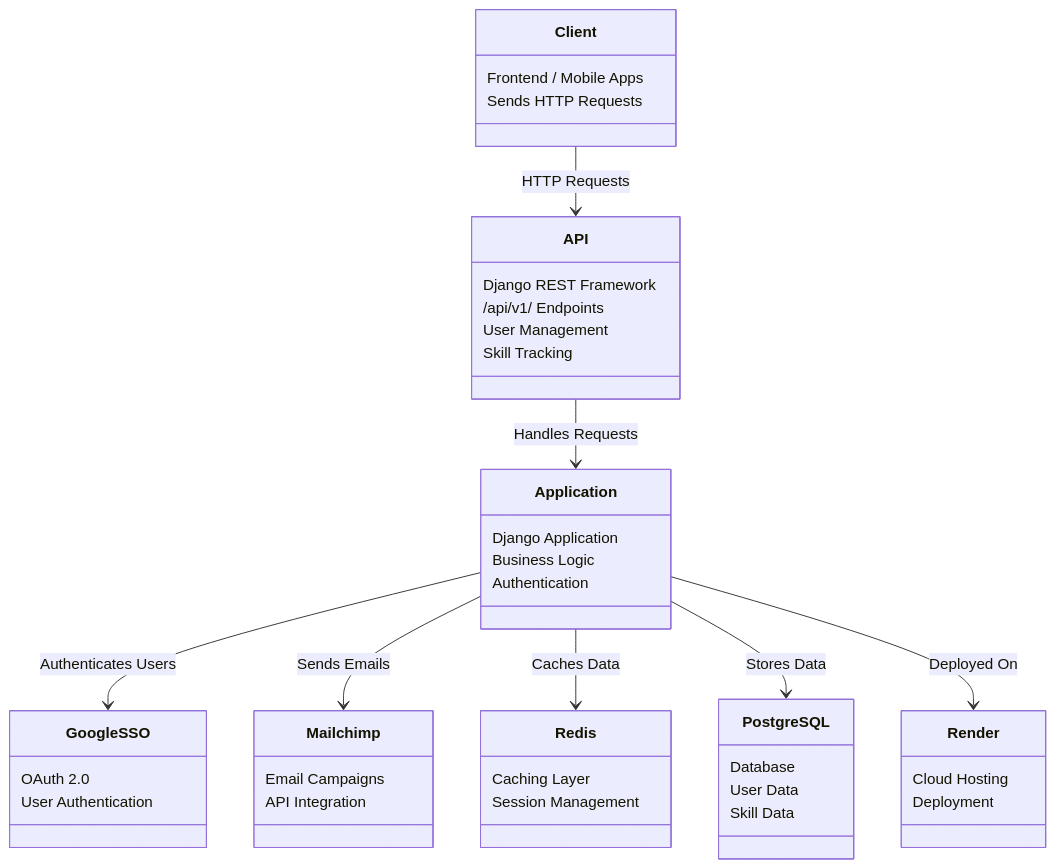
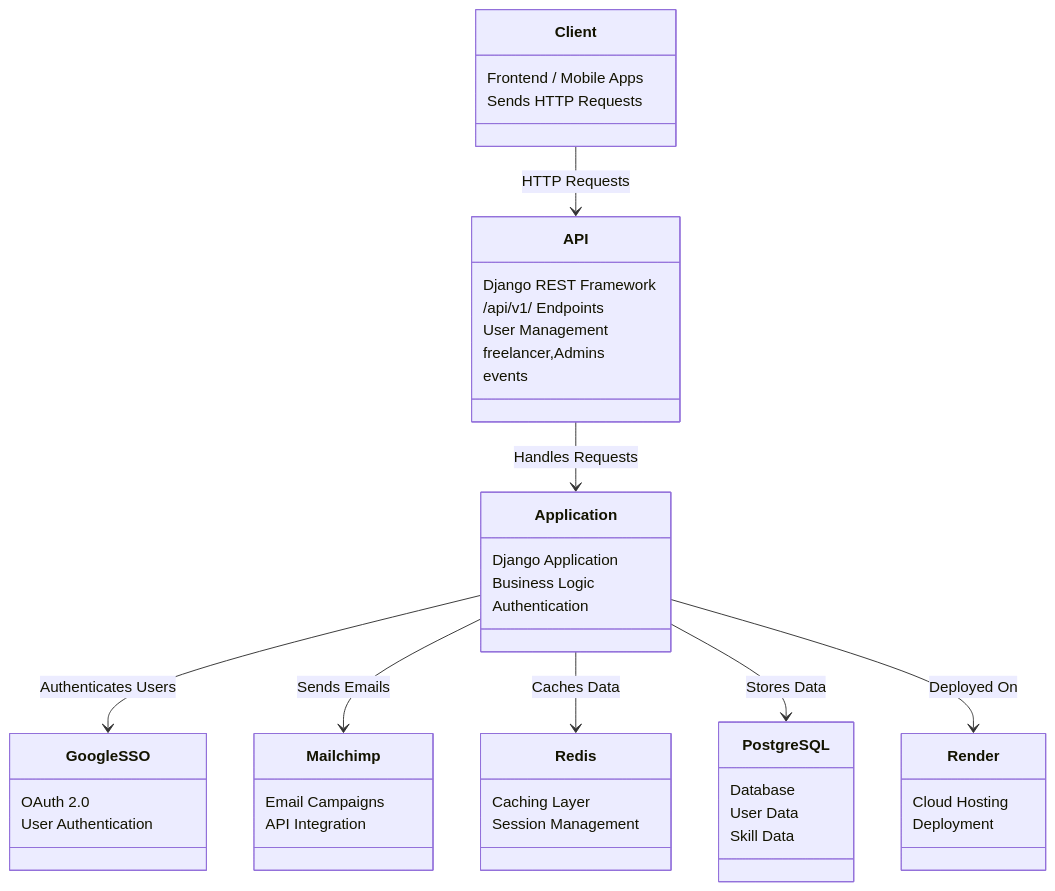
One commit to Skill-Afrika/skill-africa-backend changed the diagram in README.md. Above: the diagram before and after it, drawn with Mermaid.

````diff
--- a/README.md
+++ b/README.md
@@ -39,46 +39,49 @@
 ```mermaid
 classDiagram
     class Client {
         Frontend / Mobile Apps
         Sends HTTP Requests
     }
     class API {
         Django REST Framework
         /api/v1/ Endpoints
         User Management
-        Skill Tracking
+        freelancer,Admins
+        events
+        
+
     }
     class Application {
         Django Application
         Business Logic
         Authentication
     }
     class GoogleSSO {
         OAuth 2.0
         User Authentication
     }
     class Mailchimp {
         Email Campaigns
         API Integration
     }
     class Redis {
         Caching Layer
         Session Management
     }
     class PostgreSQL {
         Database
         User Data
         Skill Data
     }
     class Render {
         Cloud Hosting
         Deployment
     }
     Client --> API : HTTP Requests
     API --> Application : Handles Requests
     Application --> GoogleSSO : Authenticates Users
     Application --> Mailchimp : Sends Emails
     Application --> Redis : Caches Data
     Application --> PostgreSQL : Stores Data
     Application --> Render : Deployed On
  ```
````
